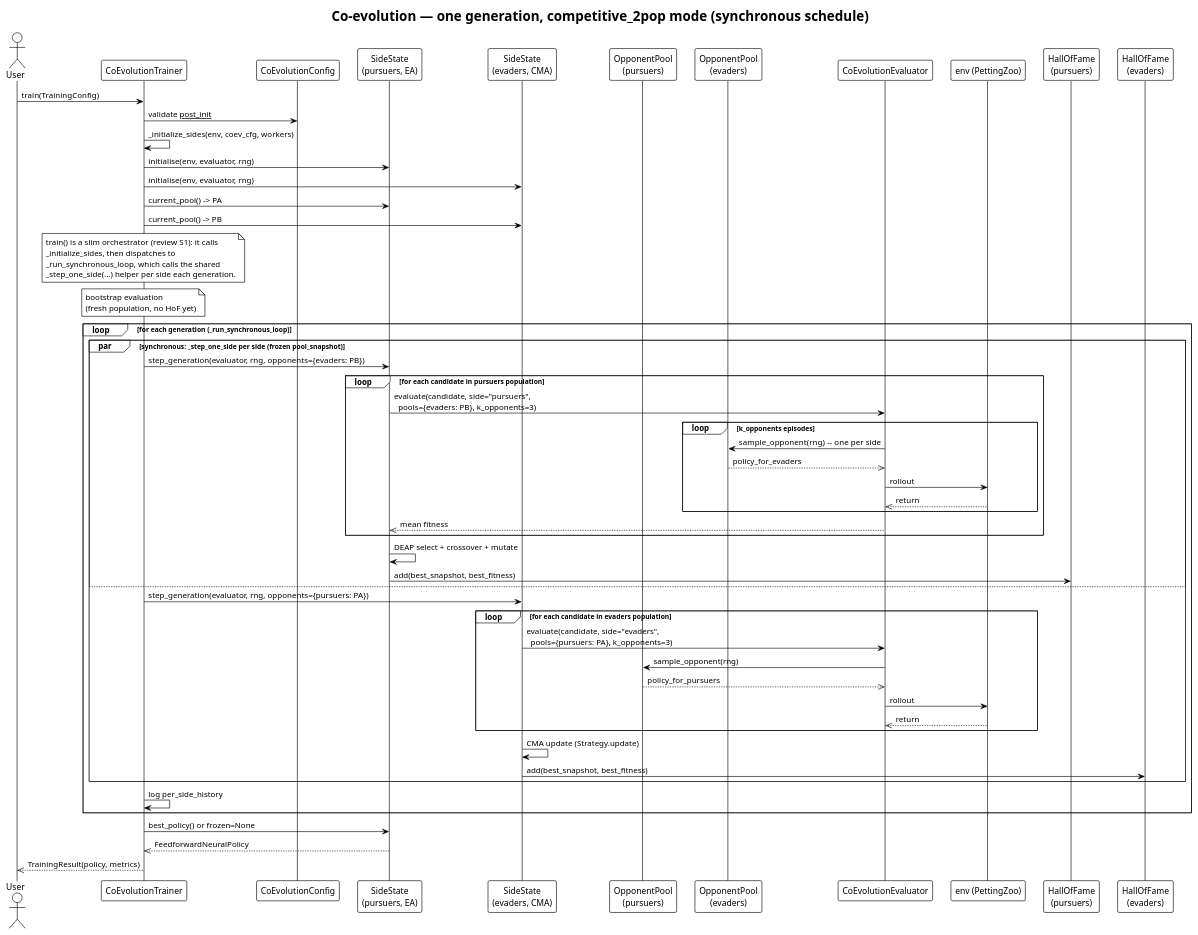
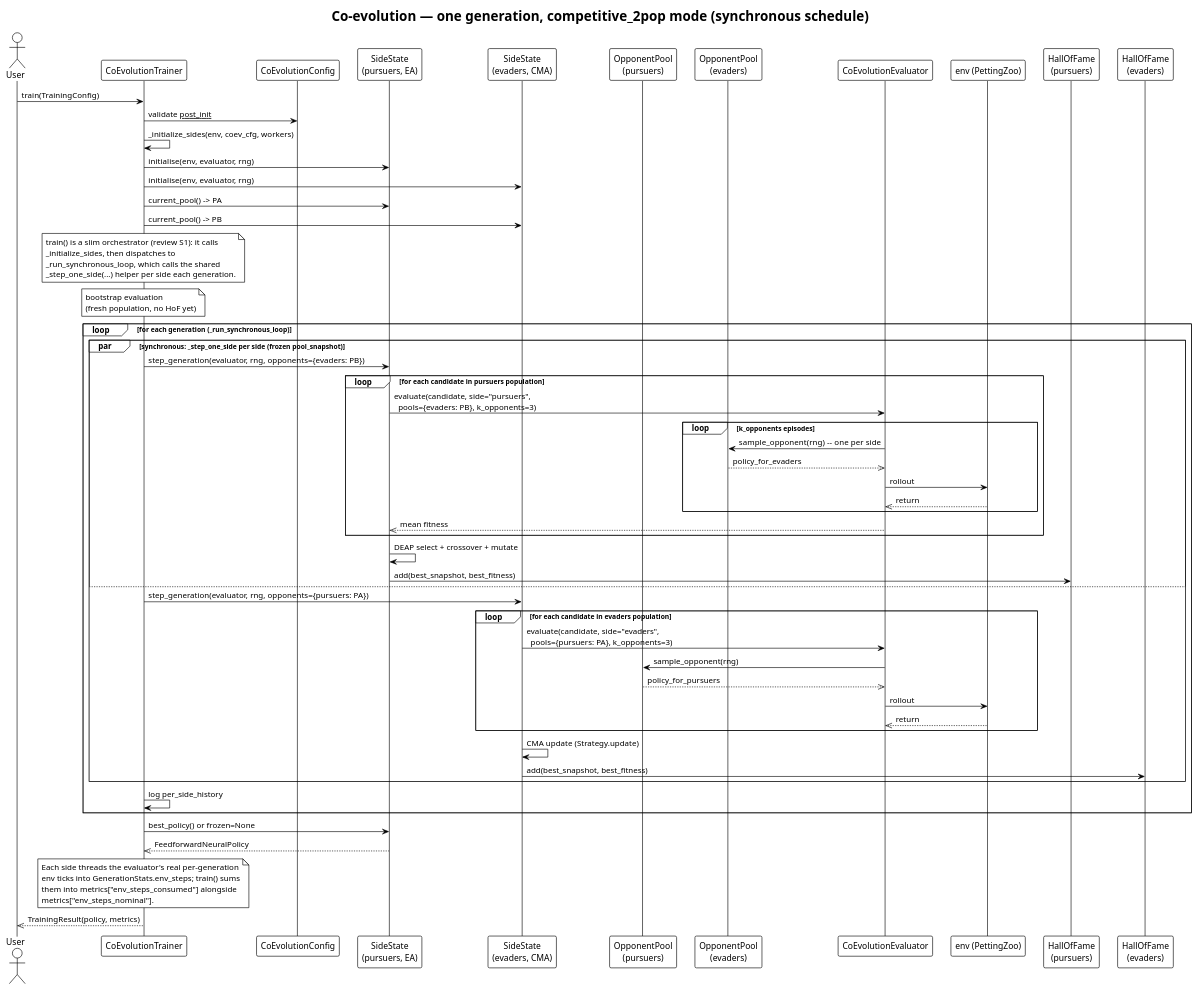
The diagram in docs/UML/sequence_coevolution_competitive.puml (Alex180504/DEAP-Zoo-bridge), drawn with PlantUML before and after one commit. The commit also changed 22 other files, not shown here.

```diff
--- a/docs/UML/sequence_coevolution_competitive.puml
+++ b/docs/UML/sequence_coevolution_competitive.puml
@@ -1,68 +1,74 @@
 @startuml sequence_coevolution_competitive
 !theme plain
 title Co-evolution — one generation, competitive_2pop mode (synchronous schedule)
 
 actor User
 participant "CoEvolutionTrainer" as T
 participant "CoEvolutionConfig" as C
 participant "SideState\n(pursuers, EA)" as SA
 participant "SideState\n(evaders, CMA)" as SB
 participant "OpponentPool\n(pursuers)" as PA
 participant "OpponentPool\n(evaders)" as PB
 participant "CoEvolutionEvaluator" as EV
 participant "env (PettingZoo)" as ENV
 participant "HallOfFame\n(pursuers)" as HA
 participant "HallOfFame\n(evaders)" as HB
 
 User -> T : train(TrainingConfig)
 T -> C : validate __post_init__
 T -> T : _initialize_sides(env, coev_cfg, workers)
 T -> SA : initialise(env, evaluator, rng)
 T -> SB : initialise(env, evaluator, rng)
 T -> SA : current_pool() -> PA
 T -> SB : current_pool() -> PB
 
 note over T
   train() is a slim orchestrator (review S1): it calls
   _initialize_sides, then dispatches to
   _run_synchronous_loop, which calls the shared
   _step_one_side(...) helper per side each generation.
 end note
 
 note over T: bootstrap evaluation\n(fresh population, no HoF yet)
 
 loop for each generation (_run_synchronous_loop)
     par synchronous: _step_one_side per side (frozen pool_snapshot)
         T -> SA : step_generation(evaluator, rng, opponents={evaders: PB})
         loop for each candidate in pursuers population
             SA -> EV : evaluate(candidate, side="pursuers",\n  pools={evaders: PB}, k_opponents=3)
             loop k_opponents episodes
                 EV -> PB : sample_opponent(rng)  -- one per side
                 PB -->> EV : policy_for_evaders
                 EV -> ENV : rollout
                 ENV -->> EV : return
             end
             EV -->> SA : mean fitness
         end
         SA -> SA : DEAP select + crossover + mutate
         SA -> HA : add(best_snapshot, best_fitness)
     else
         T -> SB : step_generation(evaluator, rng, opponents={pursuers: PA})
         loop for each candidate in evaders population
             SB -> EV : evaluate(candidate, side="evaders",\n  pools={pursuers: PA}, k_opponents=3)
             EV -> PA : sample_opponent(rng)
             PA -->> EV : policy_for_pursuers
             EV -> ENV : rollout
             ENV -->> EV : return
         end
         SB -> SB : CMA update (Strategy.update)
         SB -> HB : add(best_snapshot, best_fitness)
     end
     T -> T : log per_side_history
 end
 
 T -> SA : best_policy() or frozen=None
 SA -->> T : FeedforwardNeuralPolicy
+note over T
+  Each side threads the evaluator's real per-generation
+  env ticks into GenerationStats.env_steps; train() sums
+  them into metrics["env_steps_consumed"] alongside
+  metrics["env_steps_nominal"].
+end note
 T -->> User : TrainingResult(policy, metrics)
 
 @enduml
```
